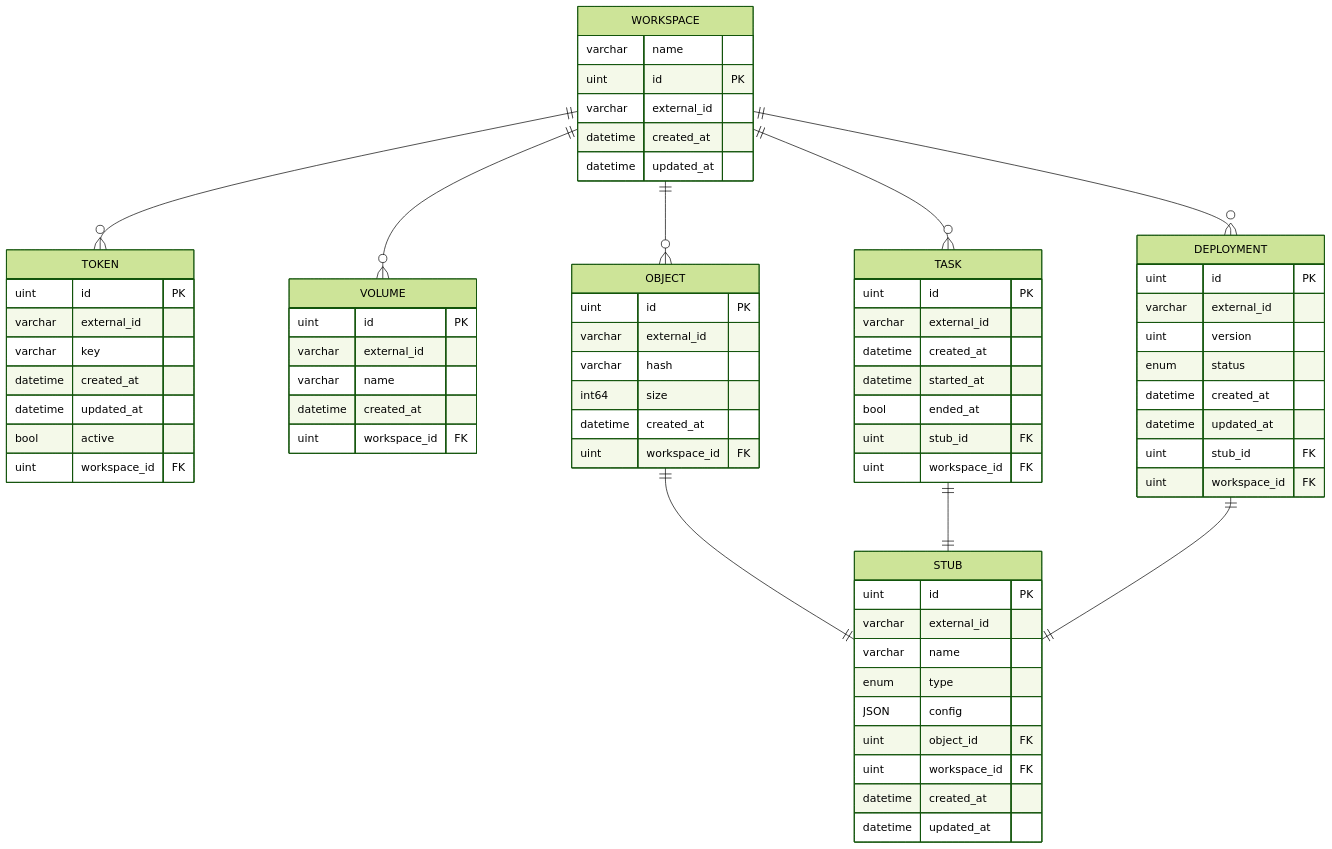
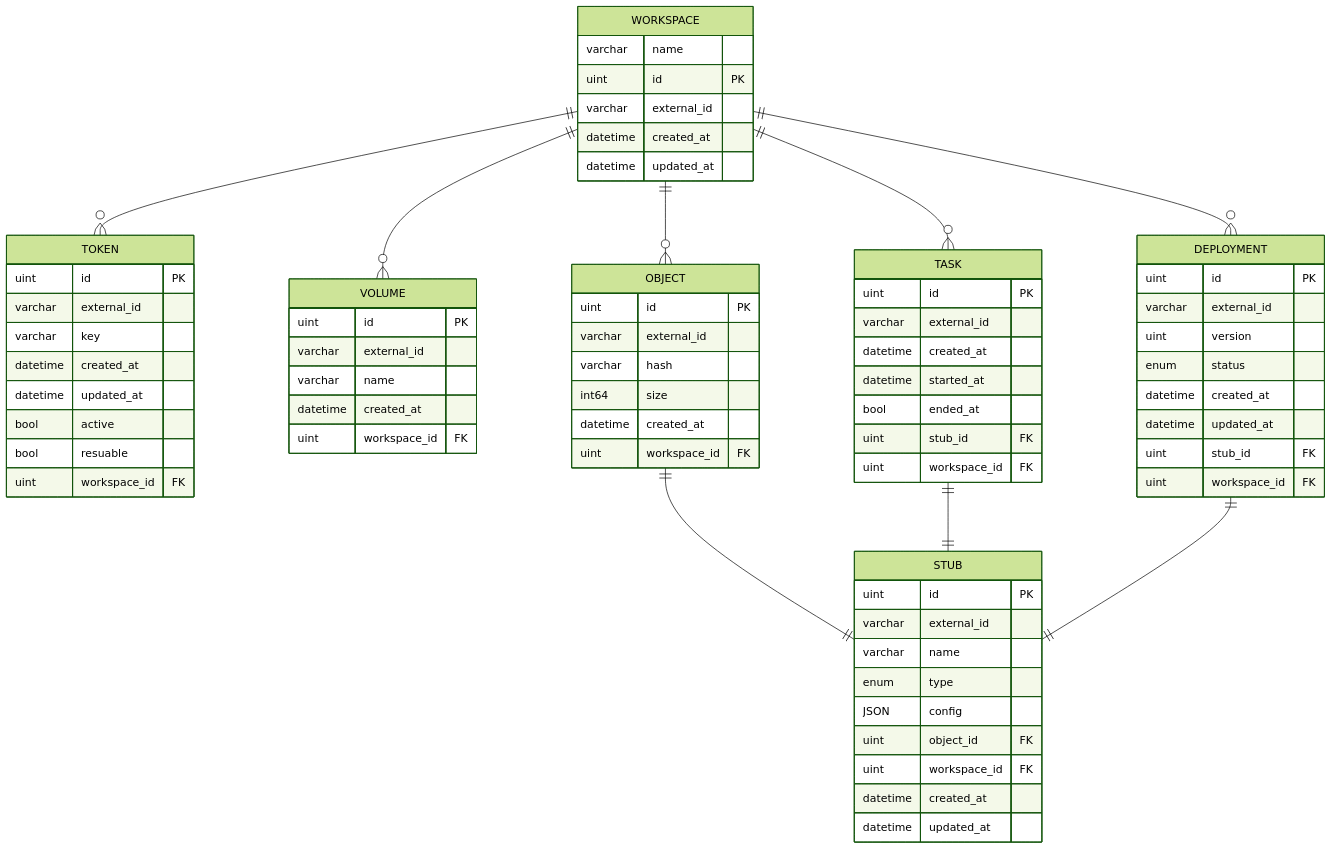
One commit to beam-cloud/beta9 changed the diagram in docs/datamodels/backend.md. Above: the diagram before and after it, drawn with Mermaid (forest theme).

Commit message:
add reusable to models

````diff
--- a/docs/datamodels/backend.md
+++ b/docs/datamodels/backend.md
@@ -1,83 +1,84 @@
 ```mermaid
 
 erDiagram
 
     WORKSPACE {
         varchar name
         uint id PK
         varchar external_id
         datetime created_at
         datetime updated_at
     }
 
     TOKEN {
         uint id PK
         varchar external_id
         varchar key
         datetime created_at
         datetime updated_at
         bool active
+        bool resuable
         uint workspace_id FK
     }
 
     VOLUME {
         uint id PK
         varchar external_id
         varchar name
         datetime created_at
         uint workspace_id FK
     }
 
     DEPLOYMENT {
         uint id PK
         varchar external_id
         uint version
         enum status
         datetime created_at
         datetime updated_at
         uint stub_id FK
         uint workspace_id FK
     }
 
     TASK {
         uint id PK
         varchar external_id
         datetime created_at
         datetime started_at
         bool ended_at
         uint stub_id FK
         uint workspace_id FK
     }
 
     STUB {
         uint id PK
         varchar external_id
         varchar name
         enum type
         JSON config
         uint object_id FK
         uint workspace_id FK
         datetime created_at
         datetime updated_at
     }
 
     OBJECT {
         uint id PK
         varchar external_id
         varchar hash
         int64 size
         datetime created_at
         uint workspace_id FK
     }
 
     WORKSPACE ||--o{ TOKEN : " "
     WORKSPACE ||--o{ VOLUME : " "
     WORKSPACE ||--o{ DEPLOYMENT : " "
     WORKSPACE ||--o{ TASK : " "
     WORKSPACE ||--o{ OBJECT : " "
     OBJECT ||--|| STUB : " "
     TASK ||--|| STUB : " "
     DEPLOYMENT ||--|| STUB : " "
 
 
 ```
````
